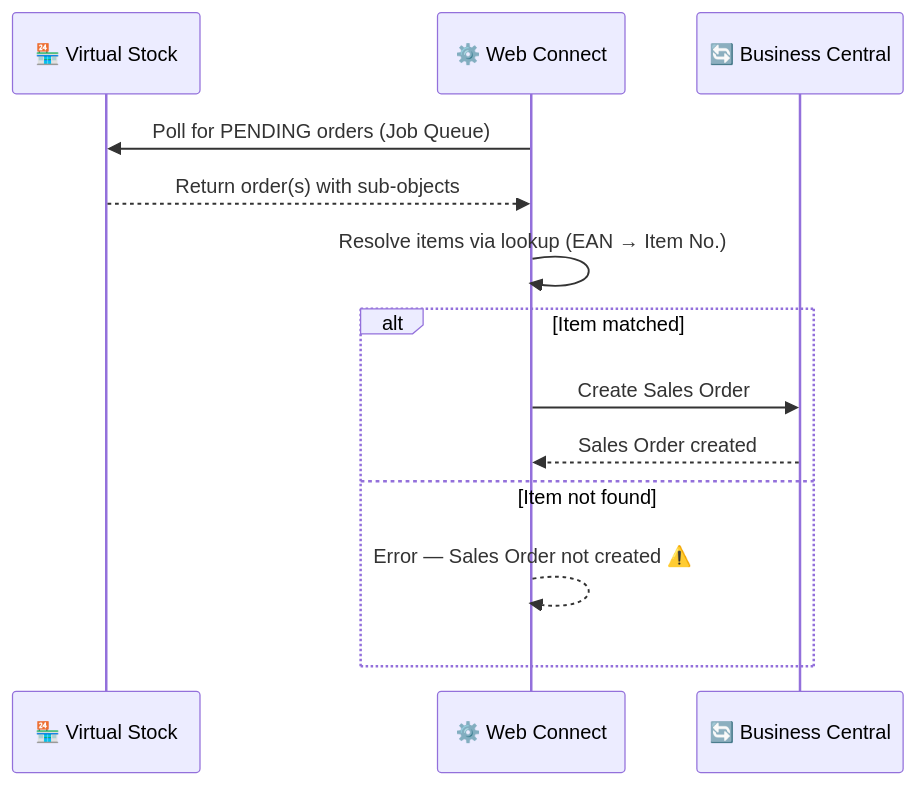
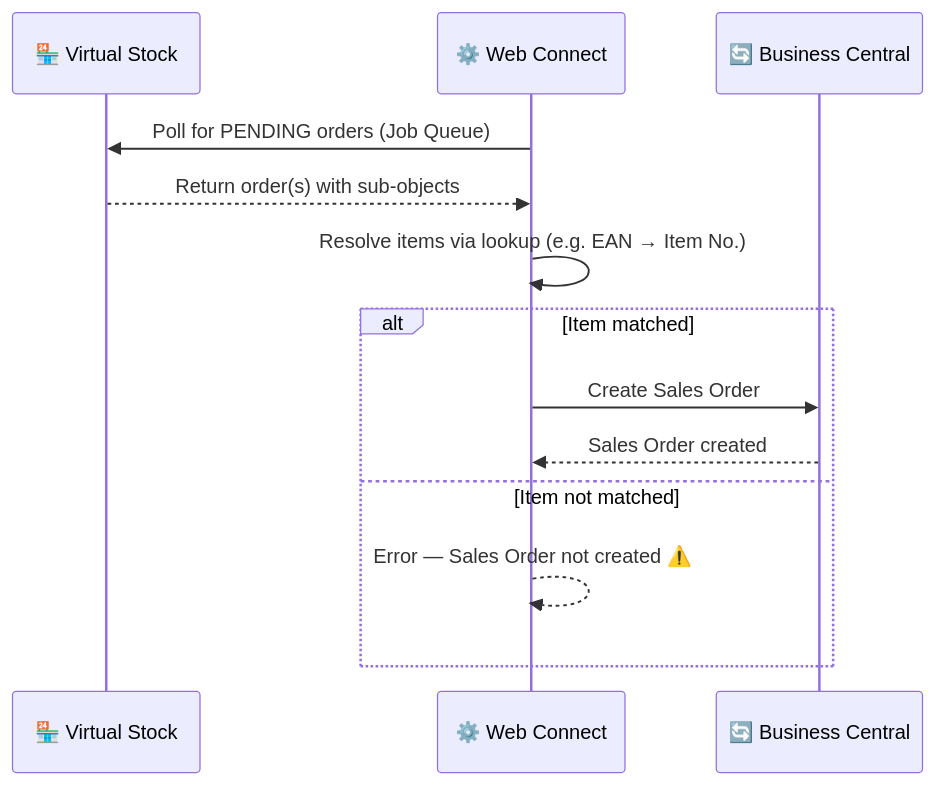
The diagram in integrations/virtual-stock/flows/order-inbound.md (Combine-IT-ab/docs-general), drawn with Mermaid before and after one commit. The commit also changed other lines of this file and 7 other files, not shown here.

````diff
--- a/integrations/virtual-stock/flows/order-inbound.md
+++ b/integrations/virtual-stock/flows/order-inbound.md
@@ -43,16 +40,16 @@
 ```mermaid
 sequenceDiagram
     participant VS as 🏪 Virtual Stock
     participant WC as ⚙️ Web Connect
     participant BC as 🔄 Business Central
 
     WC->>VS: Poll for PENDING orders (Job Queue)
     VS-->>WC: Return order(s) with sub-objects
-    WC->>WC: Resolve items via lookup (EAN → Item No.)
+    WC->>WC: Resolve items via lookup (e.g. EAN → Item No.)
     alt Item matched
         WC->>BC: Create Sales Order
         BC-->>WC: Sales Order created
-    else Item not found
+    else Item not matched
         WC-->>WC: Error — Sales Order not created ⚠️
     end
 ```
````
